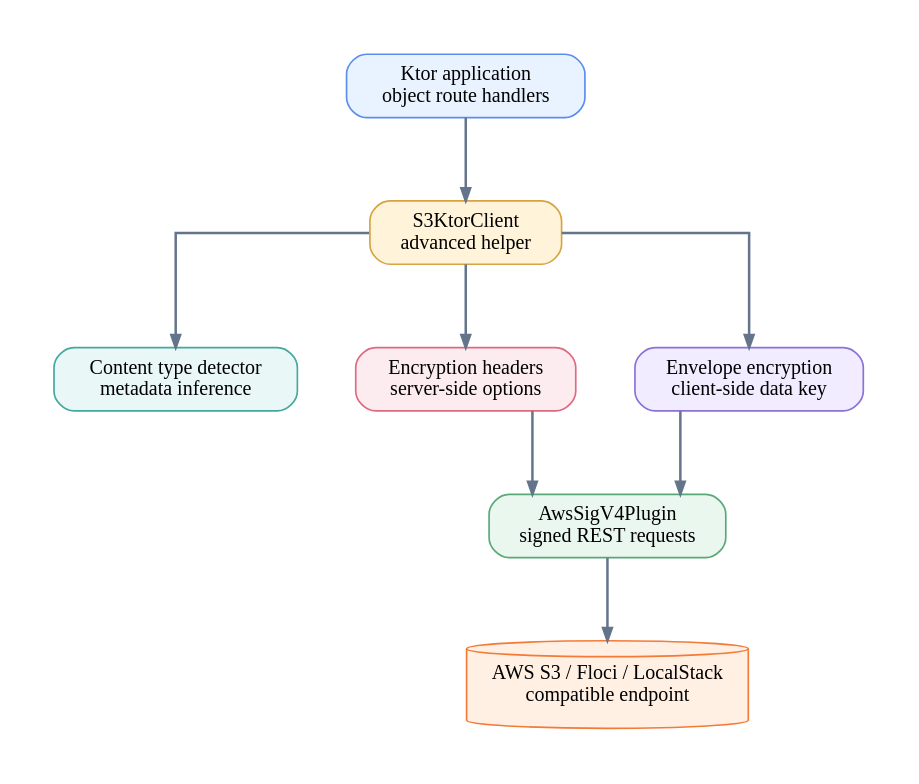
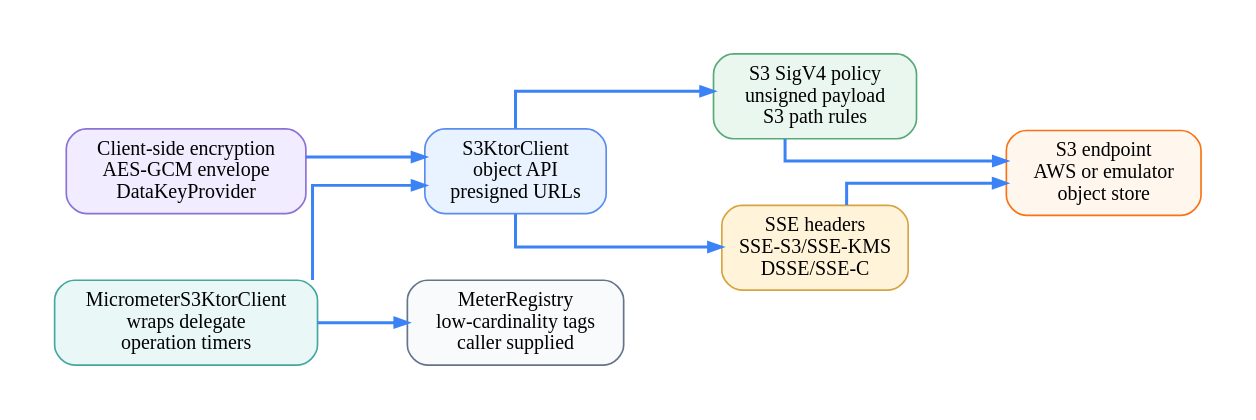
One commit to bluetape4k/bluetape4k-aws changed the diagram in docs/images/readme-diagrams/aws-ktor-s3-advanced-architecture-01.dot. Above: the diagram before and after it, drawn with Graphviz. The commit also changed 305 other files, not shown here.

First line of the commit message:
docs: rebuild README diagrams from source evidence

```diff
--- a/docs/images/readme-diagrams/aws-ktor-s3-advanced-architecture-01.dot
+++ b/docs/images/readme-diagrams/aws-ktor-s3-advanced-architecture-01.dot
@@ -1,19 +1,19 @@
-digraph aws_ktor_s3_advanced_architecture_01 {
-  graph [rankdir=TB, bgcolor="#ffffff", pad=0.35, nodesep=0.48, ranksep=0.70, splines=ortho]
+digraph G {
+  graph [rankdir=LR, bgcolor="#ffffff", pad=0.35, nodesep=0.55, ranksep=0.75, splines=ortho]
   node [shape=box, style="rounded,filled", fontname="Architects Daughter", fontsize=12, margin="0.14,0.09", color="#94a3b8", fillcolor="#f8fafc"]
-  edge [fontname="Comic Mono", fontsize=10, color="#64748b", penwidth=1.5, arrowsize=0.75]
-  app [label="Ktor application\nobject route handlers", fillcolor="#E8F3FF", color="#5B8DEF"]
-  client [label="S3KtorClient\nadvanced helper", fillcolor="#FFF3D9", color="#D6A441"]
-  detect [label="Content type detector\nmetadata inference", fillcolor="#E9F7F6", color="#45A7A1"]
-  headers [label="Encryption headers\nserver-side options", fillcolor="#FDECEF", color="#DC6B82"]
-  envelope [label="Envelope encryption\nclient-side data key", fillcolor="#F1ECFF", color="#8A72D6"]
-  sigv4 [label="AwsSigV4Plugin\nsigned REST requests", fillcolor="#EAF7EF", color="#58A978"]
-  s3 [label="AWS S3 / Floci / LocalStack\ncompatible endpoint", fillcolor="#FFF0E3", color="#F47B36", shape=cylinder]
-  app -> client
-  client -> detect
+  edge [fontname="Comic Mono", fontsize=10, penwidth=1.8, arrowsize=0.75, color="#3B82F6"]
+  metrics [label="MicrometerS3KtorClient\nwraps delegate\noperation timers", fillcolor="#E9F7F6", color="#45A7A1"]
+  client [label="S3KtorClient\nobject API\npresigned URLs", fillcolor="#E8F3FF", color="#5B8DEF"]
+  encryption [label="Client-side encryption\nAES-GCM envelope\nDataKeyProvider", fillcolor="#F1ECFF", color="#8A72D6"]
+  meter [label="MeterRegistry\nlow-cardinality tags\ncaller supplied", fillcolor="#F8FAFC", color="#64748B"]
+  sigv4 [label="S3 SigV4 policy\nunsigned payload\nS3 path rules", fillcolor="#EAF7EF", color="#58A978"]
+  headers [label="SSE headers\nSSE-S3/SSE-KMS\nDSSE/SSE-C", fillcolor="#FFF3D9", color="#D6A441"]
+  s3 [label="S3 endpoint\nAWS or emulator\nobject store", fillcolor="#FFF7ED", color="#F97316"]
+  metrics -> client
+  metrics -> meter
+  encryption -> client
+  client -> sigv4
   client -> headers
-  client -> envelope
-  headers -> sigv4
-  envelope -> sigv4
   sigv4 -> s3
+  headers -> s3
 }
```
